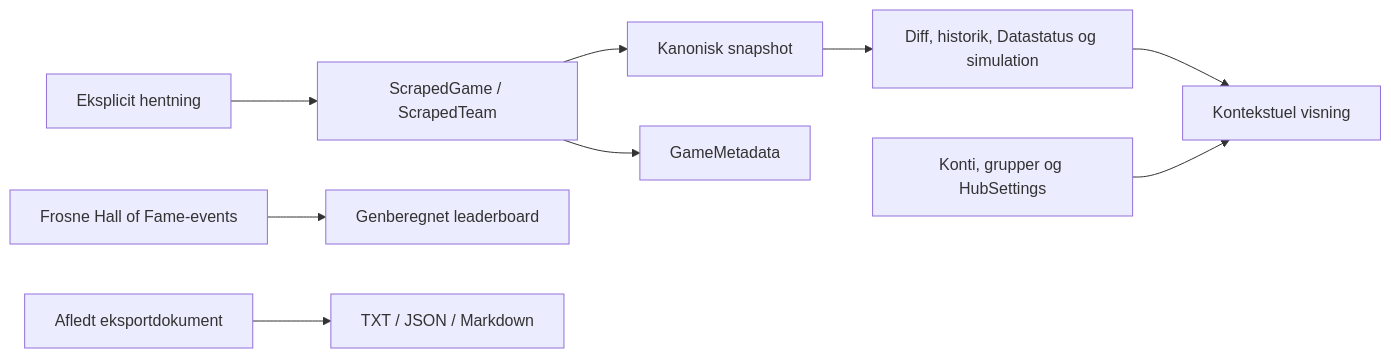
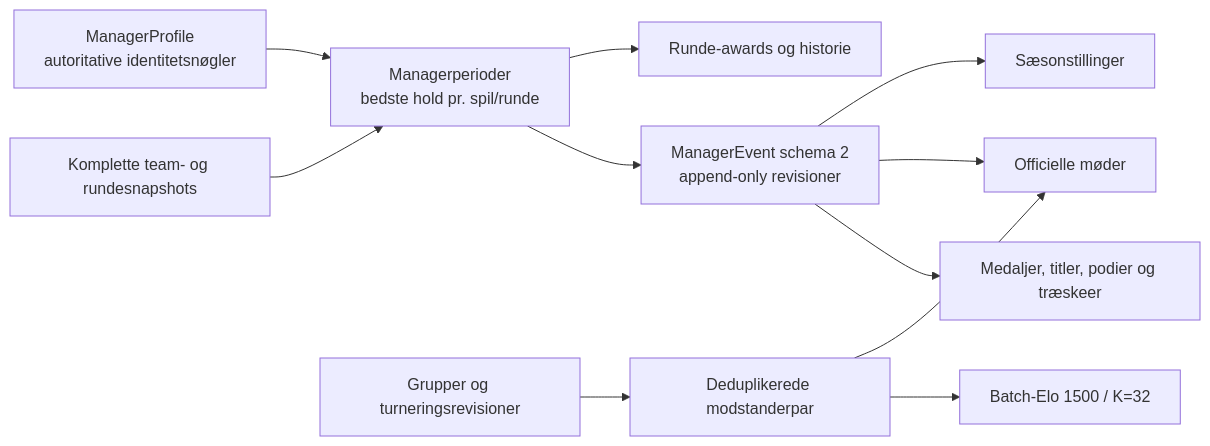
Before and after one commit to Peter537/holdet-fantasy-hub: the second of 3 diagrams in docs/architecture.md, drawn with Mermaid. The commit also changed other lines of this file and 49 other files, not shown here.

First line of the commit message:
add manager rankings, seasons, and flexible tournaments

````diff
--- a/docs/architecture.md
+++ b/docs/architecture.md
@@ -57,11 +58,13 @@
 ```mermaid
 flowchart LR
-    Fetch["Eksplicit hentning"] --> Model["ScrapedGame / ScrapedTeam"]
-    Model --> Snapshot["Kanonisk snapshot"]
-    Snapshot --> Analytics["Diff, historik, Datastatus og simulation"]
-    Analytics --> View["Kontekstuel visning"]
-    Model --> Metadata["GameMetadata"]
-    Config["Konti, grupper og HubSettings"] --> View
-    Frozen["Frosne Hall of Fame-events"] --> HOF["Genberegnet leaderboard"]
-    ExportDoc["Afledt eksportdokument"] --> Export["TXT / JSON / Markdown"]
+    Snapshots["Komplette team- og rundesnapshots"] --> Periods["Managerperioder<br/>bedste hold pr. spil/runde"]
+    Groups["Grupper og turneringsrevisioner"] --> Pairs["Deduplikerede modstanderpar"]
+    Profiles["ManagerProfile<br/>autoritative identitetsnøgler"] --> Periods
+    Periods --> Events["ManagerEvent schema 2<br/>append-only revisioner"]
+    Pairs --> Elo["Batch-Elo 1500 / K=32"]
+    Events --> Career["Medaljer, titler, podier og træskeer"]
+    Periods --> Awards["Runde-awards og historie"]
+    Events --> H2H["Officielle møder"]
+    Pairs --> H2H
+    Events --> Seasons["Sæsonstillinger"]
 ```
````
